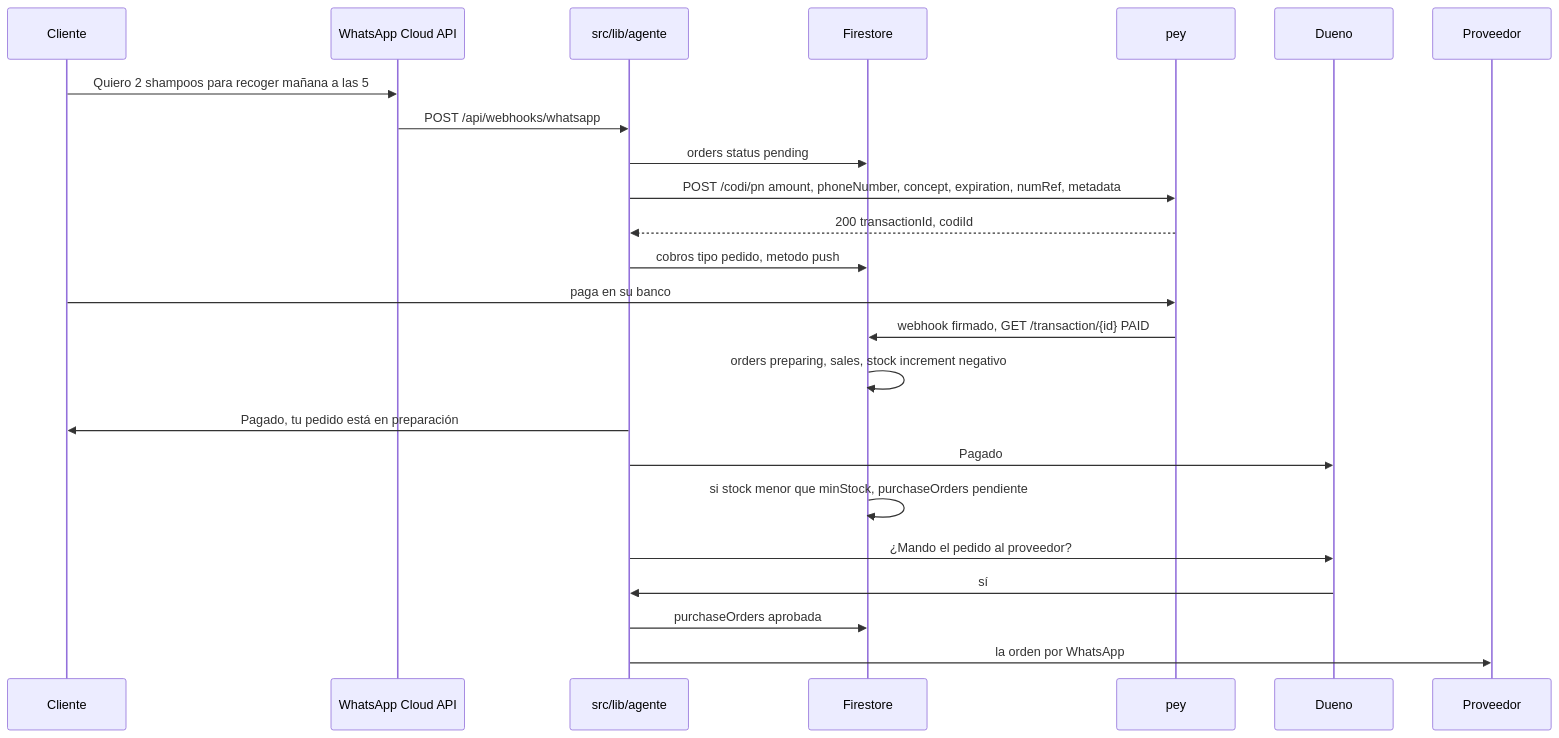
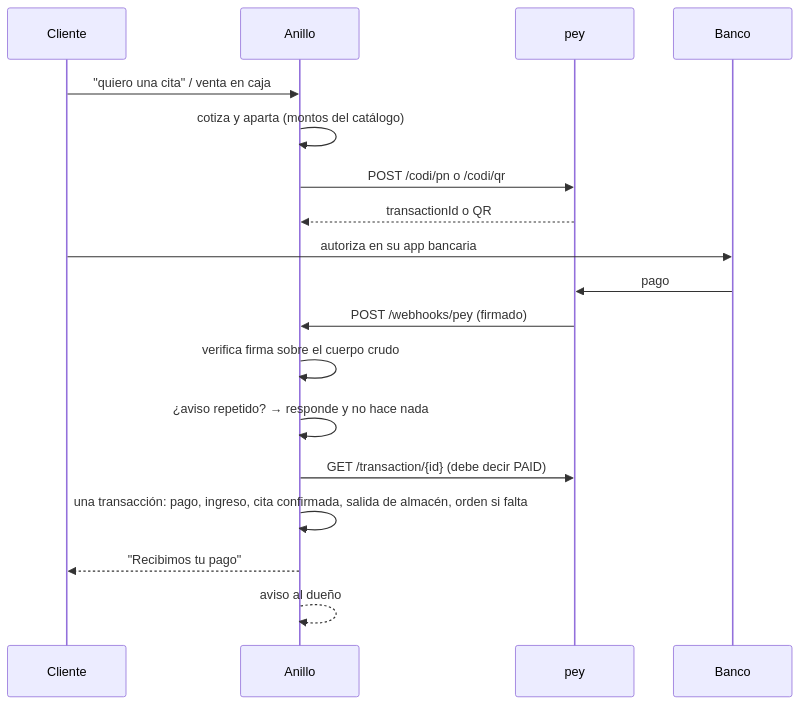
The second of 2 diagrams in ARQUITECTURA.md (Cancercervero/Pagos), drawn with Mermaid before and after one commit. The commit also changed other lines of this file and 6 other files, not shown here.

First line of the commit message:
Portada para el jurado, README y arquitectura reales de Anillo

````diff
--- a/ARQUITECTURA.md
+++ b/ARQUITECTURA.md
@@ -176,27 +47,20 @@
 ```mermaid
 sequenceDiagram
-  participant Cliente
-  participant WA as WhatsApp Cloud API
-  participant Agente as src/lib/agente
-  participant FS as Firestore
-  participant Pey as pey
-  participant Dueno
-  participant Prov as Proveedor
-
-  Cliente->>WA: Quiero 2 shampoos para recoger mañana a las 5
-  WA->>Agente: POST /api/webhooks/whatsapp
-  Agente->>FS: orders status pending
-  Agente->>Pey: POST /codi/pn amount, phoneNumber, concept, expiration, numRef, metadata
-  Pey-->>Agente: 200 transactionId, codiId
-  Agente->>FS: cobros tipo pedido, metodo push
-  Cliente->>Pey: paga en su banco
-  Pey->>FS: webhook firmado, GET /transaction/{id} PAID
-  FS->>FS: orders preparing, sales, stock increment negativo
-  Agente->>Cliente: Pagado, tu pedido está en preparación
-  Agente->>Dueno: Pagado
-  FS->>FS: si stock menor que minStock, purchaseOrders pendiente
-  Agente->>Dueno: ¿Mando el pedido al proveedor?
-  Dueno->>Agente: sí
-  Agente->>FS: purchaseOrders aprobada
-  Agente->>Prov: la orden por WhatsApp
+  participant C as Cliente
+  participant A as Anillo
+  participant P as pey
+  participant B as Banco
+  C->>A: "quiero una cita" / venta en caja
+  A->>A: cotiza y aparta (montos del catálogo)
+  A->>P: POST /codi/pn o /codi/qr
+  P-->>A: transactionId o QR
+  C->>B: autoriza en su app bancaria
+  B->>P: pago
+  P->>A: POST /webhooks/pey (firmado)
+  A->>A: verifica firma sobre el cuerpo crudo
+  A->>A: ¿aviso repetido? → responde y no hace nada
+  A->>P: GET /transaction/{id} (debe decir PAID)
+  A->>A: una transacción: pago, ingreso, cita confirmada, salida de almacén, orden si falta
+  A-->>C: "Recibimos tu pago"
+  A-->>A: aviso al dueño
 ```
````
